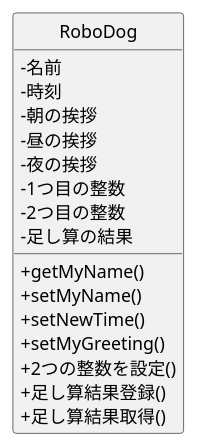
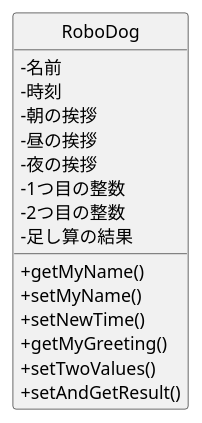
One commit to kTaiga1016/ohara_uml changed the diagram in 06_robo_dog/class.pu. Above: the diagram before and after it, drawn with PlantUML. The commit also changed 1 other file, not shown here.

```diff
--- a/06_robo_dog/class.pu
+++ b/06_robo_dog/class.pu
@@ -1,24 +1,23 @@
 @startuml Robodogクラス図
 skinparam classAttributeIconSize 0
 hide circle
-
+ 
 class RoboDog {
- -名前
- -時刻
- -朝の挨拶
- -昼の挨拶
- -夜の挨拶
- -1つ目の整数
- -2つ目の整数
- -足し算の結果
-
- +getMyName()
- +setMyName()
- +setNewTime()
- +setMyGreeting()
- +2つの整数を設定()
- +足し算結果登録()
- +足し算結果取得()
+-名前
+-時刻
+-朝の挨拶
+-昼の挨拶
+-夜の挨拶
+-1つ目の整数
+-2つ目の整数
+-足し算の結果
+ 
++getMyName()
++setMyName()
++setNewTime()
++getMyGreeting()
++setTwoValues()
++setAndGetResult()
 }
-
+ 
 @enduml
```
